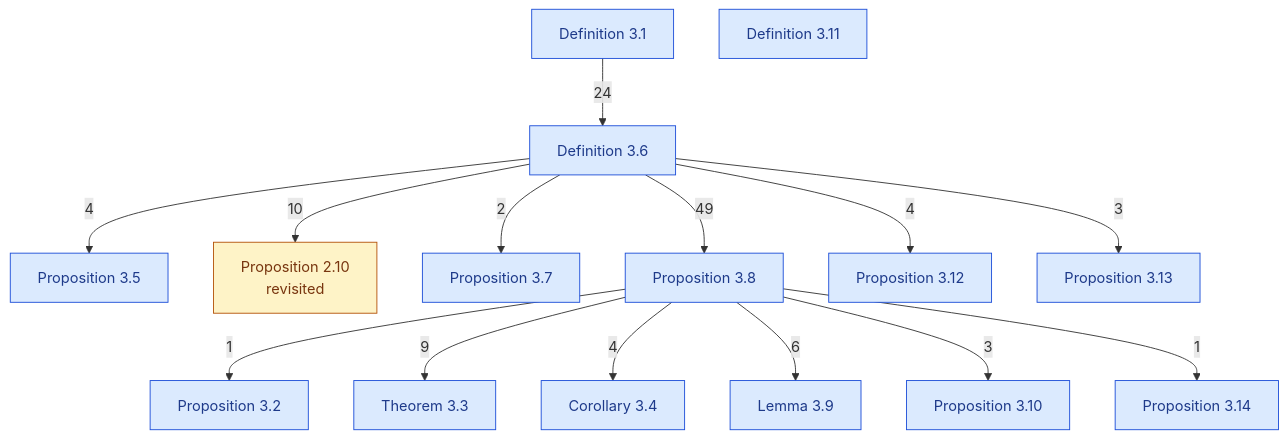
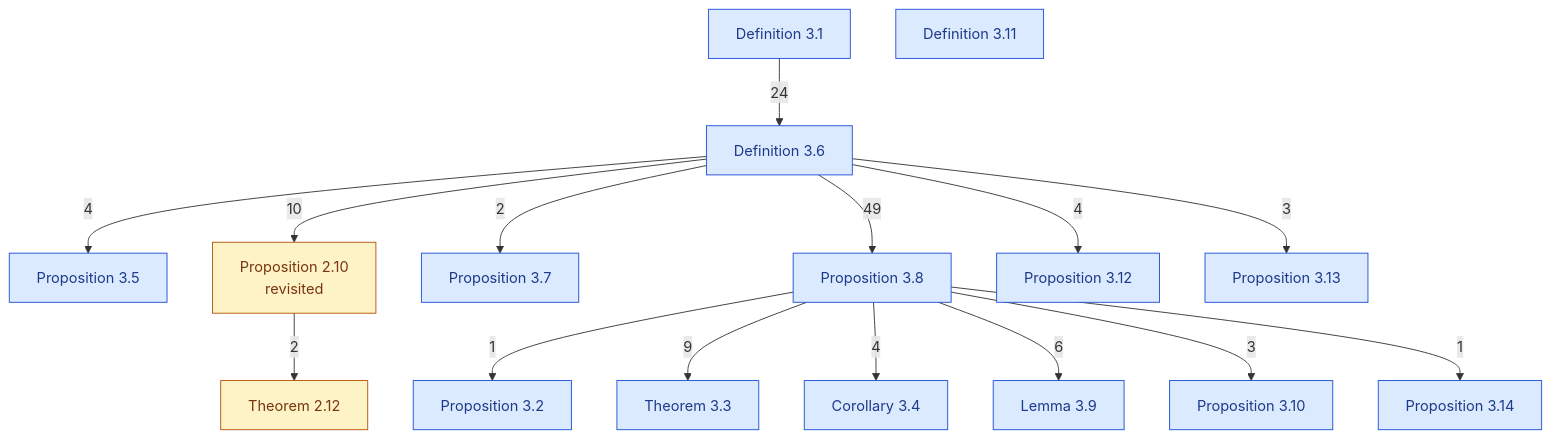
One commit to catskillsresearch/DomainTheory changed the diagram in DomainTheory/1972_Function_spaces.mermaid. Above: the diagram before and after it, drawn with Mermaid. The commit also changed 12 other files, not shown here.

Commit message:
Place Theorem 2.12 after the corrected Proposition 2.10, and use the injective-spaces note as section 1.

```diff
--- a/DomainTheory/1972_Function_spaces.mermaid
+++ b/DomainTheory/1972_Function_spaces.mermaid
@@ -1,37 +1,40 @@
 %% Notes of section 3, function spaces.
 %% Proposition 2.10 revisited stands after Definition 3.6, which it imports.
+%% Theorem 2.12 keeps its number and stands after that corrected proof.
 %% Arrowhead on the importer. The number is a direct-import count.
 %% An arrow already implied by a longer path is omitted.
 flowchart TB
   D31["Definition 3.1"]
   P32["Proposition 3.2"]
   T33["Theorem 3.3"]
   C34["Corollary 3.4"]
   P35["Proposition 3.5"]
   D36["Definition 3.6"]
   R210["Proposition 2.10\nrevisited"]
+  T212["Theorem 2.12"]
   P37["Proposition 3.7"]
   P38["Proposition 3.8"]
   L39["Lemma 3.9"]
   P310["Proposition 3.10"]
   D311["Definition 3.11"]
   P312["Proposition 3.12"]
   P313["Proposition 3.13"]
   P314["Proposition 3.14"]
   D31 -->|"24"| D36
   D36 -->|"4"| P35
   D36 -->|"10"| R210
   D36 -->|"2"| P37
   D36 -->|"49"| P38
   D36 -->|"4"| P312
   D36 -->|"3"| P313
+  R210 -->|"2"| T212
   P38 -->|"1"| P32
   P38 -->|"9"| T33
   P38 -->|"4"| C34
   P38 -->|"6"| L39
   P38 -->|"3"| P310
   P38 -->|"1"| P314
   classDef numbered fill:#dbeafe,stroke:#1d4ed8,color:#1e3a8a
-  classDef revisited fill:#fef3c7,stroke:#b45309,color:#78350f
+  classDef relocated fill:#fef3c7,stroke:#b45309,color:#78350f
   class D31,P32,T33,C34,P35,D36,P37,P38,L39,P310,D311,P312,P313,P314 numbered
-  class R210 revisited
+  class R210,T212 relocated
```
